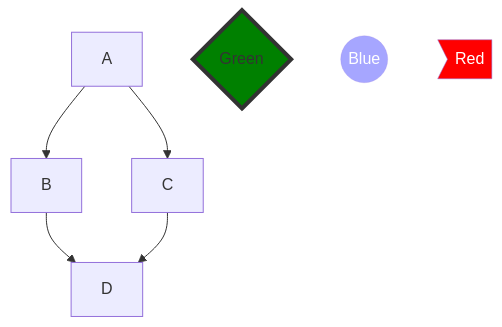
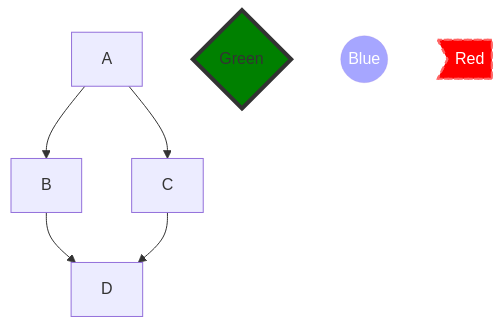
Before and after one commit to danielurra/mermaid: the diagram in README.md, drawn with Mermaid.

````diff
--- a/README.md
+++ b/README.md
@@ -8,15 +8,15 @@
 ```mermaid
   graph TD;
       A-->B;
       A-->C;
       B-->D;
       C-->D;
       st{Green};
       good((Blue));
       en>Red];
-      style en fill:red,fill-opacity:1,color:#FFFFFF,stroke-opacity:0.2;
+      style en fill:red,stroke:#f66,stroke-width:2px,color:#fff,stroke-dasharray: 5 5;
       style good fill:blue,fill-opacity:0.35,color:#FFFFFF,stroke-opacity:0.2;
       style st fill:#008000,stroke:#333,stroke-width:4px;
       
       
 ```
````
